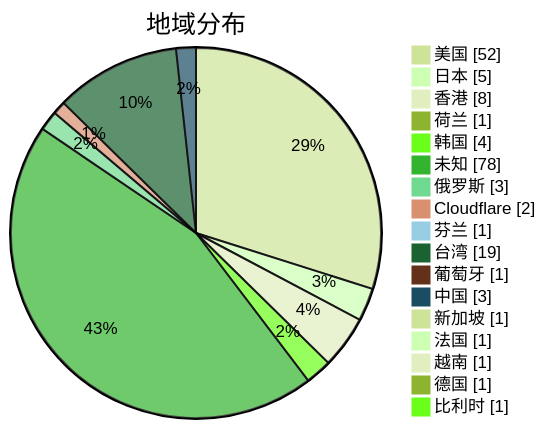
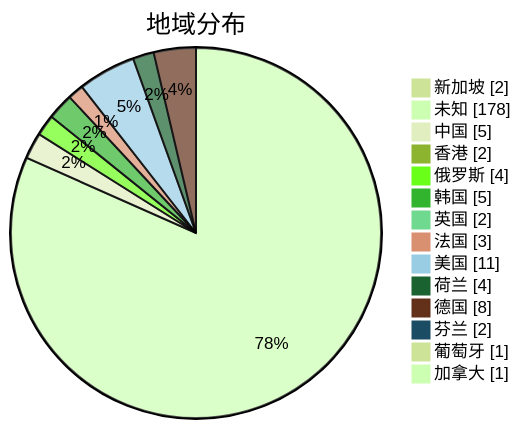
Before and after one commit to sinspired/airport: the second of 3 diagrams in subs/statistics/tested_within.md, drawn with Mermaid (forest theme). The commit also changed other lines of this file and 2 other files, not shown here.

Commit message:
Committed by metaST

````diff
--- a/subs/statistics/tested_within.md
+++ b/subs/statistics/tested_within.md
@@ -14,21 +14,18 @@
 ```mermaid
 pie showData
 title 地域分布
-"美国" : 52
-"日本" : 5
-"香港" : 8
-"荷兰" : 1
-"韩国" : 4
-"未知" : 78
-"俄罗斯" : 3
-"Cloudflare" : 2
-"芬兰" : 1
-"台湾" : 19
+"新加坡" : 2
+"未知" : 178
+"中国" : 5
+"香港" : 2
+"俄罗斯" : 4
+"韩国" : 5
+"英国" : 2
+"法国" : 3
+"美国" : 11
+"荷兰" : 4
+"德国" : 8
+"芬兰" : 2
 "葡萄牙" : 1
-"中国" : 3
-"新加坡" : 1
-"法国" : 1
-"越南" : 1
-"德国" : 1
-"比利时" : 1
+"加拿大" : 1
 ```
````
